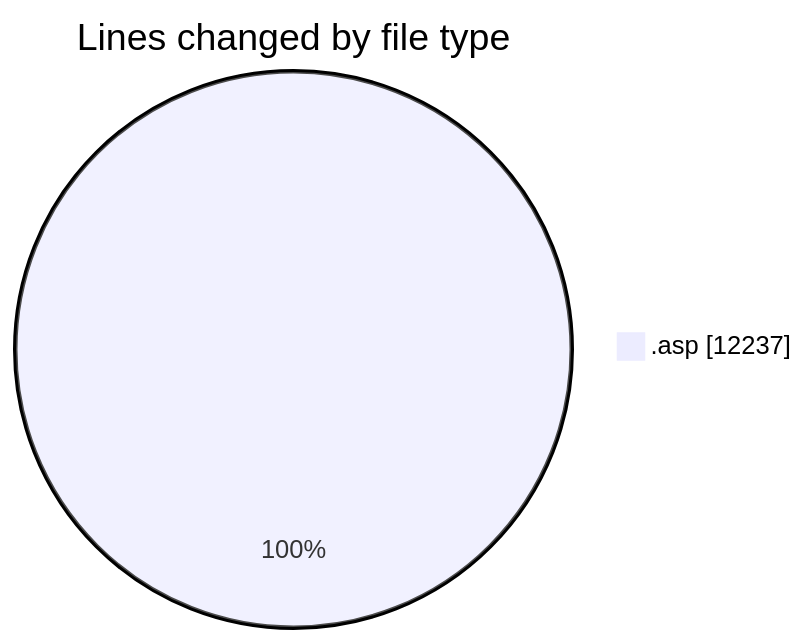
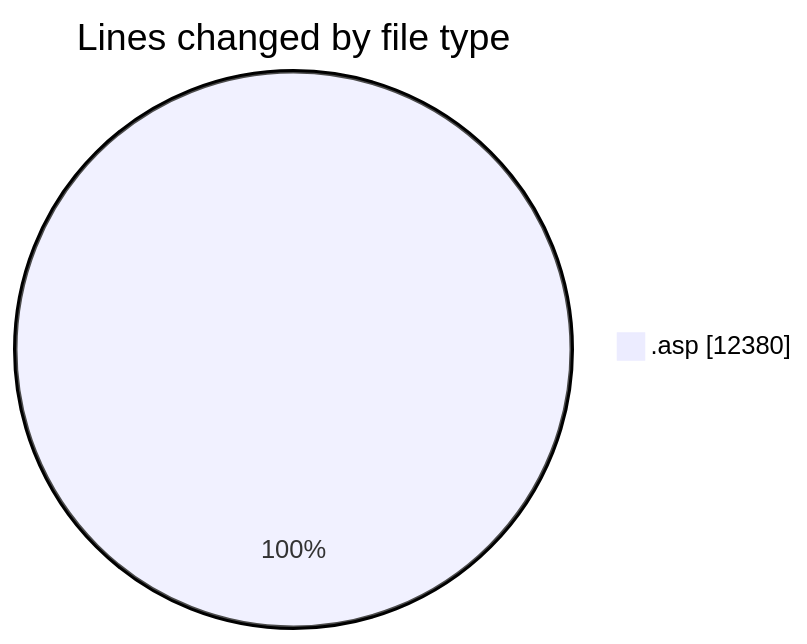
The first of 2 diagrams in 2025-11-28/cdp_aleoudev_fr__workspace_/README.md (julien-gomy/code-tracking), drawn with Mermaid before and after one commit. The commit also changed other lines of this file and 1 other file, not shown here.

````diff
--- a/2025-11-28/cdp_aleoudev_fr__workspace_/README.md
+++ b/2025-11-28/cdp_aleoudev_fr__workspace_/README.md
@@ -24,5 +24,5 @@
 ```mermaid
 pie showData
 title Lines changed by file type
-".asp" : 12237
+".asp" : 12380
 ```
````
